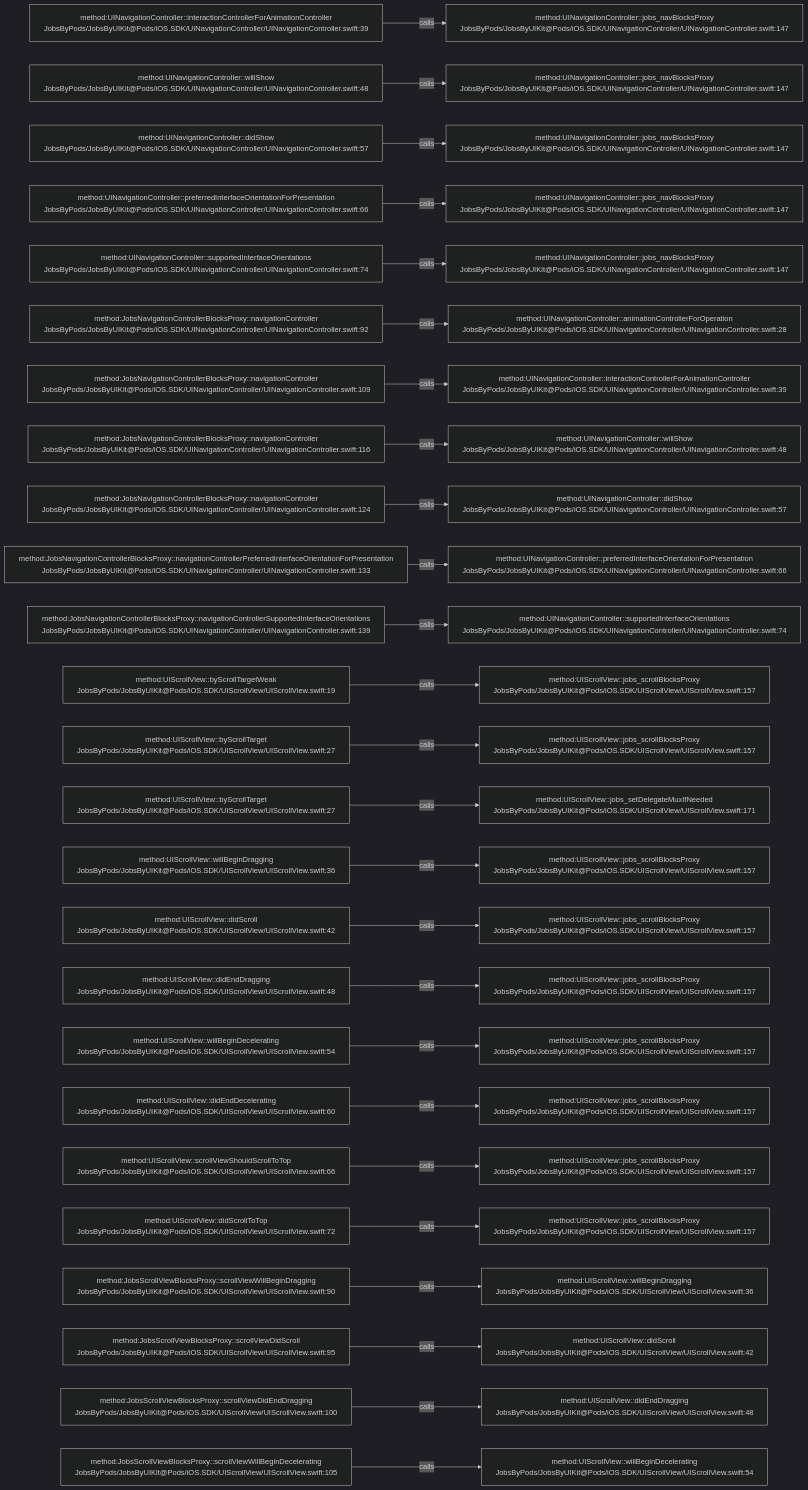
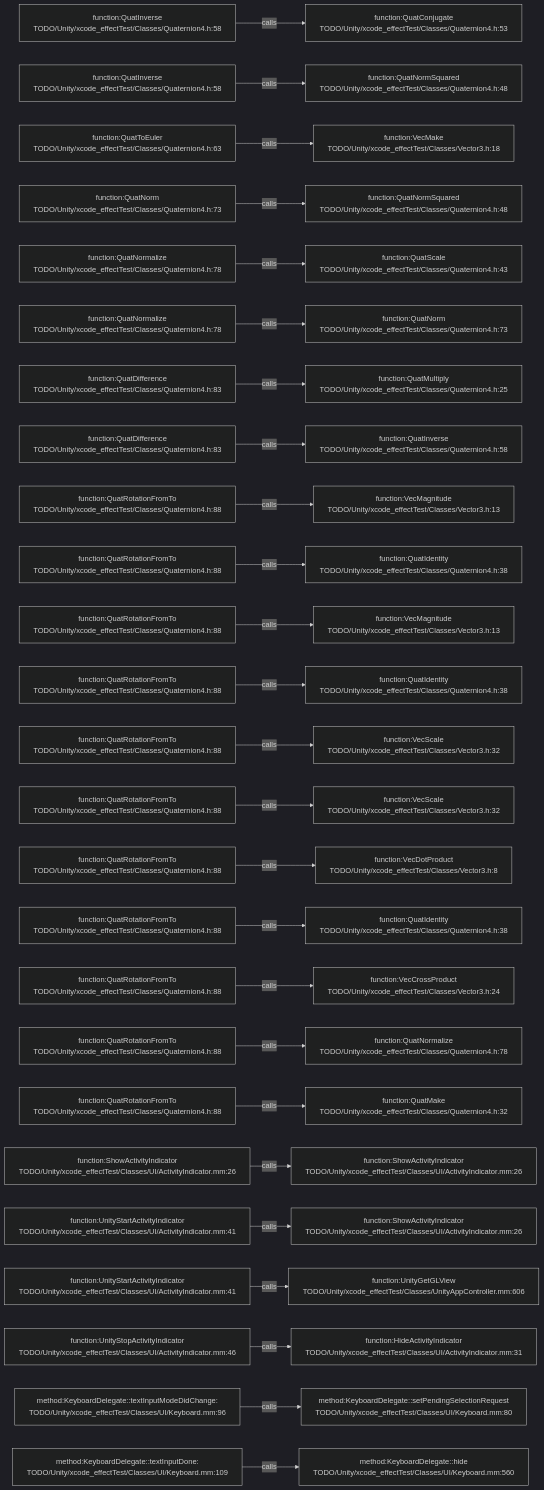
The diagram in .codegraph/codegraph.md/graphs/calls-024.md (JobsKits/JobsSwiftBaseConfigDemo), drawn with Mermaid (dark theme) before and after one commit. The commit also changed 227 other files, not shown here.

````diff
--- a/.codegraph/codegraph.md/graphs/calls-024.md
+++ b/.codegraph/codegraph.md/graphs/calls-024.md
@@ -13,78 +13,78 @@
 ```mermaid
 flowchart LR
-  S1["method:UINavigationController::interactionControllerForAnimationController<br/>JobsByPods/JobsByUIKit@Pods/iOS.SDK/UINavigationController/UINavigationController.swift:39"]
-  T1["method:UINavigationController::jobs_navBlocksProxy<br/>JobsByPods/JobsByUIKit@Pods/iOS.SDK/UINavigationController/UINavigationController.swift:147"]
+  S1["function:QuatInverse<br/>TODO/Unity/xcode_effectTest/Classes/Quaternion4.h:58"]
+  T1["function:QuatConjugate<br/>TODO/Unity/xcode_effectTest/Classes/Quaternion4.h:53"]
   S1 -->|calls| T1
-  S2["method:UINavigationController::willShow<br/>JobsByPods/JobsByUIKit@Pods/iOS.SDK/UINavigationController/UINavigationController.swift:48"]
-  T2["method:UINavigationController::jobs_navBlocksProxy<br/>JobsByPods/JobsByUIKit@Pods/iOS.SDK/UINavigationController/UINavigationController.swift:147"]
+  S2["function:QuatInverse<br/>TODO/Unity/xcode_effectTest/Classes/Quaternion4.h:58"]
+  T2["function:QuatNormSquared<br/>TODO/Unity/xcode_effectTest/Classes/Quaternion4.h:48"]
   S2 -->|calls| T2
-  S3["method:UINavigationController::didShow<br/>JobsByPods/JobsByUIKit@Pods/iOS.SDK/UINavigationController/UINavigationController.swift:57"]
-  T3["method:UINavigationController::jobs_navBlocksProxy<br/>JobsByPods/JobsByUIKit@Pods/iOS.SDK/UINavigationController/UINavigationController.swift:147"]
+  S3["function:QuatToEuler<br/>TODO/Unity/xcode_effectTest/Classes/Quaternion4.h:63"]
+  T3["function:VecMake<br/>TODO/Unity/xcode_effectTest/Classes/Vector3.h:18"]
   S3 -->|calls| T3
-  S4["method:UINavigationController::preferredInterfaceOrientationForPresentation<br/>JobsByPods/JobsByUIKit@Pods/iOS.SDK/UINavigationController/UINavigationController.swift:66"]
-  T4["method:UINavigationController::jobs_navBlocksProxy<br/>JobsByPods/JobsByUIKit@Pods/iOS.SDK/UINavigationController/UINavigationController.swift:147"]
+  S4["function:QuatNorm<br/>TODO/Unity/xcode_effectTest/Classes/Quaternion4.h:73"]
+  T4["function:QuatNormSquared<br/>TODO/Unity/xcode_effectTest/Classes/Quaternion4.h:48"]
   S4 -->|calls| T4
-  S5["method:UINavigationController::supportedInterfaceOrientations<br/>JobsByPods/JobsByUIKit@Pods/iOS.SDK/UINavigationController/UINavigationController.swift:74"]
-  T5["method:UINavigationController::jobs_navBlocksProxy<br/>JobsByPods/JobsByUIKit@Pods/iOS.SDK/UINavigationController/UINavigationController.swift:147"]
+  S5["function:QuatNormalize<br/>TODO/Unity/xcode_effectTest/Classes/Quaternion4.h:78"]
+  T5["function:QuatScale<br/>TODO/Unity/xcode_effectTest/Classes/Quaternion4.h:43"]
   S5 -->|calls| T5
-  S6["method:JobsNavigationControllerBlocksProxy::navigationController<br/>JobsByPods/JobsByUIKit@Pods/iOS.SDK/UINavigationController/UINavigationController.swift:92"]
-  T6["method:UINavigationController::animationControllerForOperation<br/>JobsByPods/JobsByUIKit@Pods/iOS.SDK/UINavigationController/UINavigationController.swift:28"]
+  S6["function:QuatNormalize<br/>TODO/Unity/xcode_effectTest/Classes/Quaternion4.h:78"]
+  T6["function:QuatNorm<br/>TODO/Unity/xcode_effectTest/Classes/Quaternion4.h:73"]
   S6 -->|calls| T6
-  S7["method:JobsNavigationControllerBlocksProxy::navigationController<br/>JobsByPods/JobsByUIKit@Pods/iOS.SDK/UINavigationController/UINavigationController.swift:109"]
-  T7["method:UINavigationController::interactionControllerForAnimationController<br/>JobsByPods/JobsByUIKit@Pods/iOS.SDK/UINavigationController/UINavigationController.swift:39"]
+  S7["function:QuatDifference<br/>TODO/Unity/xcode_effectTest/Classes/Quaternion4.h:83"]
+  T7["function:QuatMultiply<br/>TODO/Unity/xcode_effectTest/Classes/Quaternion4.h:25"]
   S7 -->|calls| T7
-  S8["method:JobsNavigationControllerBlocksProxy::navigationController<br/>JobsByPods/JobsByUIKit@Pods/iOS.SDK/UINavigationController/UINavigationController.swift:116"]
-  T8["method:UINavigationController::willShow<br/>JobsByPods/JobsByUIKit@Pods/iOS.SDK/UINavigationController/UINavigationController.swift:48"]
+  S8["function:QuatDifference<br/>TODO/Unity/xcode_effectTest/Classes/Quaternion4.h:83"]
+  T8["function:QuatInverse<br/>TODO/Unity/xcode_effectTest/Classes/Quaternion4.h:58"]
   S8 -->|calls| T8
-  S9["method:JobsNavigationControllerBlocksProxy::navigationController<br/>JobsByPods/JobsByUIKit@Pods/iOS.SDK/UINavigationController/UINavigationController.swift:124"]
-  T9["method:UINavigationController::didShow<br/>JobsByPods/JobsByUIKit@Pods/iOS.SDK/UINavigationController/UINavigationController.swift:57"]
+  S9["function:QuatRotationFromTo<br/>TODO/Unity/xcode_effectTest/Classes/Quaternion4.h:88"]
+  T9["function:VecMagnitude<br/>TODO/Unity/xcode_effectTest/Classes/Vector3.h:13"]
   S9 -->|calls| T9
-  S10["method:JobsNavigationControllerBlocksProxy::navigationControllerPreferredInterfaceOrientationForPresentation<br/>JobsByPods/JobsByUIKit@Pods/iOS.SDK/UINavigationController/UINavigationController.swift:133"]
-  T10["method:UINavigationController::preferredInterfaceOrientationForPresentation<br/>JobsByPods/JobsByUIKit@Pods/iOS.SDK/UINavigationController/UINavigationController.swift:66"]
+  S10["function:QuatRotationFromTo<br/>TODO/Unity/xcode_effectTest/Classes/Quaternion4.h:88"]
+  T10["function:QuatIdentity<br/>TODO/Unity/xcode_effectTest/Classes/Quaternion4.h:38"]
   S10 -->|calls| T10
-  S11["method:JobsNavigationControllerBlocksProxy::navigationControllerSupportedInterfaceOrientations<br/>JobsByPods/JobsByUIKit@Pods/iOS.SDK/UINavigationController/UINavigationController.swift:139"]
-  T11["method:UINavigationController::supportedInterfaceOrientations<br/>JobsByPods/JobsByUIKit@Pods/iOS.SDK/UINavigationController/UINavigationController.swift:74"]
+  S11["function:QuatRotationFromTo<br/>TODO/Unity/xcode_effectTest/Classes/Quaternion4.h:88"]
+  T11["function:VecMagnitude<br/>TODO/Unity/xcode_effectTest/Classes/Vector3.h:13"]
   S11 -->|calls| T11
-  S12["method:UIScrollView::byScrollTargetWeak<br/>JobsByPods/JobsByUIKit@Pods/iOS.SDK/UIScrollView/UIScrollView.swift:19"]
-  T12["method:UIScrollView::jobs_scrollBlocksProxy<br/>JobsByPods/JobsByUIKit@Pods/iOS.SDK/UIScrollView/UIScrollView.swift:157"]
+  S12["function:QuatRotationFromTo<br/>TODO/Unity/xcode_effectTest/Classes/Quaternion4.h:88"]
+  T12["function:QuatIdentity<br/>TODO/Unity/xcode_effectTest/Classes/Quaternion4.h:38"]
   S12 -->|calls| T12
-  S13["method:UIScrollView::byScrollTarget<br/>JobsByPods/JobsByUIKit@Pods/iOS.SDK/UIScrollView/UIScrollView.swift:27"]
-  T13["method:UIScrollView::jobs_scrollBlocksProxy<br/>JobsByPods/JobsByUIKit@Pods/iOS.SDK/UIScrollView/UIScrollView.swift:157"]
+  S13["function:QuatRotationFromTo<br/>TODO/Unity/xcode_effectTest/Classes/Quaternion4.h:88"]
+  T13["function:VecScale<br/>TODO/Unity/xcode_effectTest/Classes/Vector3.h:32"]
   S13 -->|calls| T13
-  S14["method:UIScrollView::byScrollTarget<br/>JobsByPods/JobsByUIKit@Pods/iOS.SDK/UIScrollView/UIScrollView.swift:27"]
-  T14["method:UIScrollView::jobs_setDelegateMuxIfNeeded<br/>JobsByPods/JobsByUIKit@Pods/iOS.SDK/UIScrollView/UIScrollView.swift:171"]
+  S14["function:QuatRotationFromTo<br/>TODO/Unity/xcode_effectTest/Classes/Quaternion4.h:88"]
+  T14["function:VecScale<br/>TODO/Unity/xcode_effectTest/Classes/Vector3.h:32"]
   S14 -->|calls| T14
-  S15["method:UIScrollView::willBeginDragging<br/>JobsByPods/JobsByUIKit@Pods/iOS.SDK/UIScrollView/UIScrollView.swift:36"]
-  T15["method:UIScrollView::jobs_scrollBlocksProxy<br/>JobsByPods/JobsByUIKit@Pods/iOS.SDK/UIScrollView/UIScrollView.swift:157"]
+  S15["function:QuatRotationFromTo<br/>TODO/Unity/xcode_effectTest/Classes/Quaternion4.h:88"]
+  T15["function:VecDotProduct<br/>TODO/Unity/xcode_effectTest/Classes/Vector3.h:8"]
   S15 -->|calls| T15
-  S16["method:UIScrollView::didScroll<br/>JobsByPods/JobsByUIKit@Pods/iOS.SDK/UIScrollView/UIScrollView.swift:42"]
-  T16["method:UIScrollView::jobs_scrollBlocksProxy<br/>JobsByPods/JobsByUIKit@Pods/iOS.SDK/UIScrollView/UIScrollView.swift:157"]
+  S16["function:QuatRotationFromTo<br/>TODO/Unity/xcode_effectTest/Classes/Quaternion4.h:88"]
+  T16["function:QuatIdentity<br/>TODO/Unity/xcode_effectTest/Classes/Quaternion4.h:38"]
   S16 -->|calls| T16
-  S17["method:UIScrollView::didEndDragging<br/>JobsByPods/JobsByUIKit@Pods/iOS.SDK/UIScrollView/UIScrollView.swift:48"]
-  T17["method:UIScrollView::jobs_scrollBlocksProxy<br/>JobsByPods/JobsByUIKit@Pods/iOS.SDK/UIScrollView/UIScrollView.swift:157"]
+  S17["function:QuatRotationFromTo<br/>TODO/Unity/xcode_effectTest/Classes/Quaternion4.h:88"]
+  T17["function:VecCrossProduct<br/>TODO/Unity/xcode_effectTest/Classes/Vector3.h:24"]
   S17 -->|calls| T17
-  S18["method:UIScrollView::willBeginDecelerating<br/>JobsByPods/JobsByUIKit@Pods/iOS.SDK/UIScrollView/UIScrollView.swift:54"]
-  T18["method:UIScrollView::jobs_scrollBlocksProxy<br/>JobsByPods/JobsByUIKit@Pods/iOS.SDK/UIScrollView/UIScrollView.swift:157"]
+  S18["function:QuatRotationFromTo<br/>TODO/Unity/xcode_effectTest/Classes/Quaternion4.h:88"]
+  T18["function:QuatNormalize<br/>TODO/Unity/xcode_effectTest/Classes/Quaternion4.h:78"]
   S18 -->|calls| T18
-  S19["method:UIScrollView::didEndDecelerating<br/>JobsByPods/JobsByUIKit@Pods/iOS.SDK/UIScrollView/UIScrollView.swift:60"]
-  T19["method:UIScrollView::jobs_scrollBlocksProxy<br/>JobsByPods/JobsByUIKit@Pods/iOS.SDK/UIScrollView/UIScrollView.swift:157"]
+  S19["function:QuatRotationFromTo<br/>TODO/Unity/xcode_effectTest/Classes/Quaternion4.h:88"]
+  T19["function:QuatMake<br/>TODO/Unity/xcode_effectTest/Classes/Quaternion4.h:32"]
   S19 -->|calls| T19
-  S20["method:UIScrollView::scrollViewShouldScrollToTop<br/>JobsByPods/JobsByUIKit@Pods/iOS.SDK/UIScrollView/UIScrollView.swift:66"]
-  T20["method:UIScrollView::jobs_scrollBlocksProxy<br/>JobsByPods/JobsByUIKit@Pods/iOS.SDK/UIScrollView/UIScrollView.swift:157"]
+  S20["function:ShowActivityIndicator<br/>TODO/Unity/xcode_effectTest/Classes/UI/ActivityIndicator.mm:26"]
+  T20["function:ShowActivityIndicator<br/>TODO/Unity/xcode_effectTest/Classes/UI/ActivityIndicator.mm:26"]
   S20 -->|calls| T20
-  S21["method:UIScrollView::didScrollToTop<br/>JobsByPods/JobsByUIKit@Pods/iOS.SDK/UIScrollView/UIScrollView.swift:72"]
-  T21["method:UIScrollView::jobs_scrollBlocksProxy<br/>JobsByPods/JobsByUIKit@Pods/iOS.SDK/UIScrollView/UIScrollView.swift:157"]
+  S21["function:UnityStartActivityIndicator<br/>TODO/Unity/xcode_effectTest/Classes/UI/ActivityIndicator.mm:41"]
+  T21["function:ShowActivityIndicator<br/>TODO/Unity/xcode_effectTest/Classes/UI/ActivityIndicator.mm:26"]
   S21 -->|calls| T21
-  S22["method:JobsScrollViewBlocksProxy::scrollViewWillBeginDragging<br/>JobsByPods/JobsByUIKit@Pods/iOS.SDK/UIScrollView/UIScrollView.swift:90"]
-  T22["method:UIScrollView::willBeginDragging<br/>JobsByPods/JobsByUIKit@Pods/iOS.SDK/UIScrollView/UIScrollView.swift:36"]
+  S22["function:UnityStartActivityIndicator<br/>TODO/Unity/xcode_effectTest/Classes/UI/ActivityIndicator.mm:41"]
+  T22["function:UnityGetGLView<br/>TODO/Unity/xcode_effectTest/Classes/UnityAppController.mm:606"]
   S22 -->|calls| T22
-  S23["method:JobsScrollViewBlocksProxy::scrollViewDidScroll<br/>JobsByPods/JobsByUIKit@Pods/iOS.SDK/UIScrollView/UIScrollView.swift:95"]
-  T23["method:UIScrollView::didScroll<br/>JobsByPods/JobsByUIKit@Pods/iOS.SDK/UIScrollView/UIScrollView.swift:42"]
+  S23["function:UnityStopActivityIndicator<br/>TODO/Unity/xcode_effectTest/Classes/UI/ActivityIndicator.mm:46"]
+  T23["function:HideActivityIndicator<br/>TODO/Unity/xcode_effectTest/Classes/UI/ActivityIndicator.mm:31"]
   S23 -->|calls| T23
-  S24["method:JobsScrollViewBlocksProxy::scrollViewDidEndDragging<br/>JobsByPods/JobsByUIKit@Pods/iOS.SDK/UIScrollView/UIScrollView.swift:100"]
-  T24["method:UIScrollView::didEndDragging<br/>JobsByPods/JobsByUIKit@Pods/iOS.SDK/UIScrollView/UIScrollView.swift:48"]
+  S24["method:KeyboardDelegate::textInputModeDidChange:<br/>TODO/Unity/xcode_effectTest/Classes/UI/Keyboard.mm:96"]
+  T24["method:KeyboardDelegate::setPendingSelectionRequest<br/>TODO/Unity/xcode_effectTest/Classes/UI/Keyboard.mm:80"]
   S24 -->|calls| T24
-  S25["method:JobsScrollViewBlocksProxy::scrollViewWillBeginDecelerating<br/>JobsByPods/JobsByUIKit@Pods/iOS.SDK/UIScrollView/UIScrollView.swift:105"]
-  T25["method:UIScrollView::willBeginDecelerating<br/>JobsByPods/JobsByUIKit@Pods/iOS.SDK/UIScrollView/UIScrollView.swift:54"]
+  S25["method:KeyboardDelegate::textInputDone:<br/>TODO/Unity/xcode_effectTest/Classes/UI/Keyboard.mm:109"]
+  T25["method:KeyboardDelegate::hide<br/>TODO/Unity/xcode_effectTest/Classes/UI/Keyboard.mm:560"]
   S25 -->|calls| T25
 ```
````
